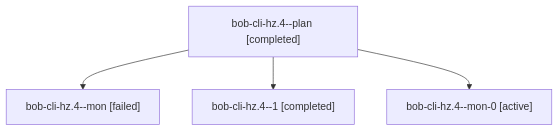
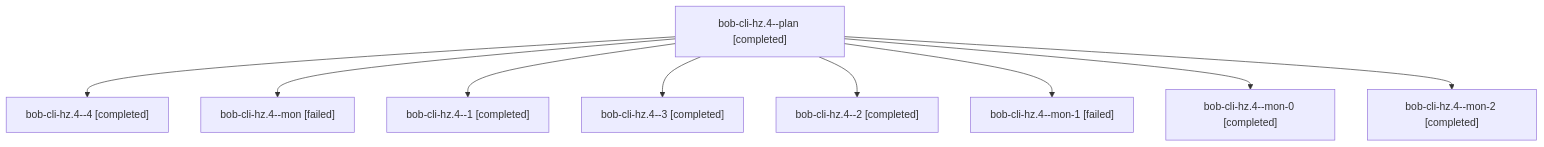
The diagram in sessions/bbugyi200.athena.bob-cli-hz.4.md (bobs-org/bob-cli--agents), drawn with Mermaid before and after one commit. The commit also changed other lines of this file and 79 other files, not shown here.

````diff
--- a/sessions/bbugyi200.athena.bob-cli-hz.4.md
+++ b/sessions/bbugyi200.athena.bob-cli-hz.4.md
@@ -9,10 +9,20 @@
 ```mermaid
 flowchart TD
   n0["bob-cli-hz.4--plan [completed]"]
-  n1["bob-cli-hz.4--mon [failed]"]
+  n1["bob-cli-hz.4--4 [completed]"]
   n0 --> n1
-  n2["bob-cli-hz.4--1 [completed]"]
+  n2["bob-cli-hz.4--mon [failed]"]
   n0 --> n2
-  n3["bob-cli-hz.4--mon-0 [active]"]
+  n3["bob-cli-hz.4--1 [completed]"]
   n0 --> n3
+  n4["bob-cli-hz.4--3 [completed]"]
+  n0 --> n4
+  n5["bob-cli-hz.4--2 [completed]"]
+  n0 --> n5
+  n6["bob-cli-hz.4--mon-1 [failed]"]
+  n0 --> n6
+  n7["bob-cli-hz.4--mon-0 [completed]"]
+  n0 --> n7
+  n8["bob-cli-hz.4--mon-2 [completed]"]
+  n0 --> n8
 ```
````
